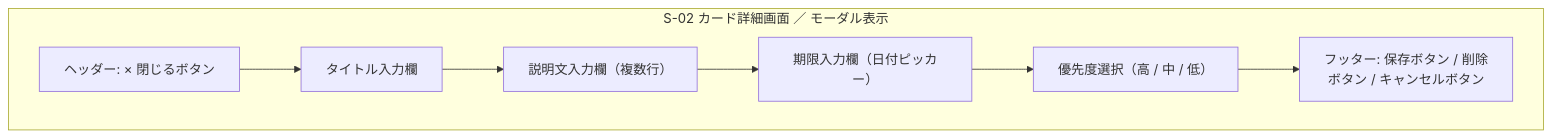
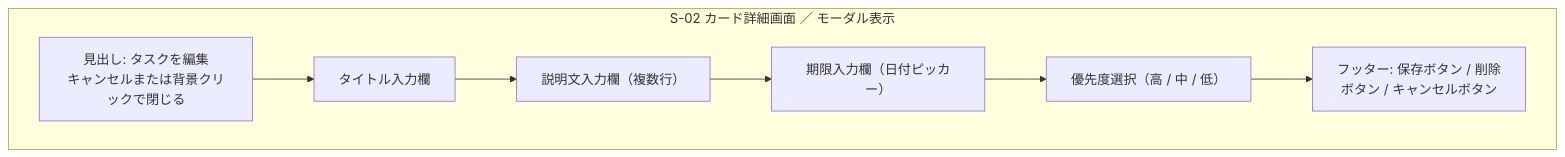
The second of 5 diagrams in docs/details/wireframes.md (yamamotonaoki3/TaskManagement), drawn with Mermaid before and after one commit. The commit also changed other lines of this file and 16 other files, not shown here.

````diff
--- a/docs/details/wireframes.md
+++ b/docs/details/wireframes.md
@@ -26,12 +26,12 @@
 ```mermaid
 flowchart TB
     subgraph S02[S-02 カード詳細画面 ／ モーダル表示]
-        H02[ヘッダー: × 閉じるボタン]
+        H02[見出し: タスクを編集<br/>キャンセルまたは背景クリックで閉じる]
         T02[タイトル入力欄]
         D02[説明文入力欄（複数行）]
         DL02[期限入力欄（日付ピッカー）]
         P02[優先度選択（高 / 中 / 低）]
         F02[フッター: 保存ボタン / 削除ボタン / キャンセルボタン]
         H02 --> T02 --> D02 --> DL02 --> P02 --> F02
     end
 ```
````
